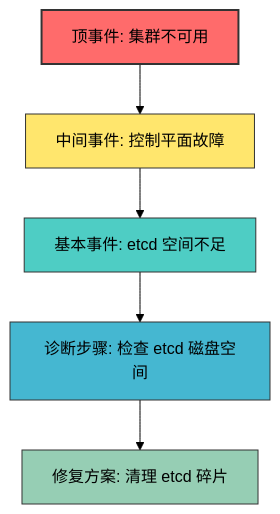
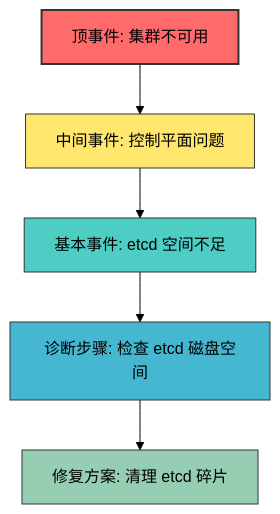
Before and after one commit to kudig-io/kudig-database: the first of 5 diagrams in docs/agent-specs/P1-4-Decision-Tree-Mermaid-Spec.md, drawn with Mermaid (forest theme). The commit also changed other lines of this file and 5906 other files, not shown here.

````diff
--- a/docs/agent-specs/P1-4-Decision-Tree-Mermaid-Spec.md
+++ b/docs/agent-specs/P1-4-Decision-Tree-Mermaid-Spec.md
@@ -72,28 +73,28 @@
 ```mermaid
 flowchart TD
     %% 节点定义
     TE1["顶事件: 集群不可用"]
-    IE1["中间事件: 控制平面故障"]
+    IE1["中间事件: 控制平面问题"]
     BE1["基本事件: etcd 空间不足"]
     DS1["诊断步骤: 检查 etcd 磁盘空间"]
     REM1["修复方案: 清理 etcd 碎片"]
     
     %% 关系定义
     TE1 --> IE1
     IE1 --> BE1
     BE1 --> DS1
     DS1 --> REM1
     
     %% 样式定义
     classDef te fill:#FF6B6B,stroke:#333,stroke-width:2px
     classDef ie fill:#FFE66D,stroke:#333,stroke-width:1px
     classDef be fill:#4ECDC4,stroke:#333,stroke-width:1px
     classDef ds fill:#45B7D1,stroke:#333,stroke-width:1px
     classDef rem fill:#96CEB4,stroke:#333,stroke-width:1px
     
     class TE1 te
     class IE1 ie
     class BE1 be
     class DS1 ds
     class REM1 rem
 ```
````
